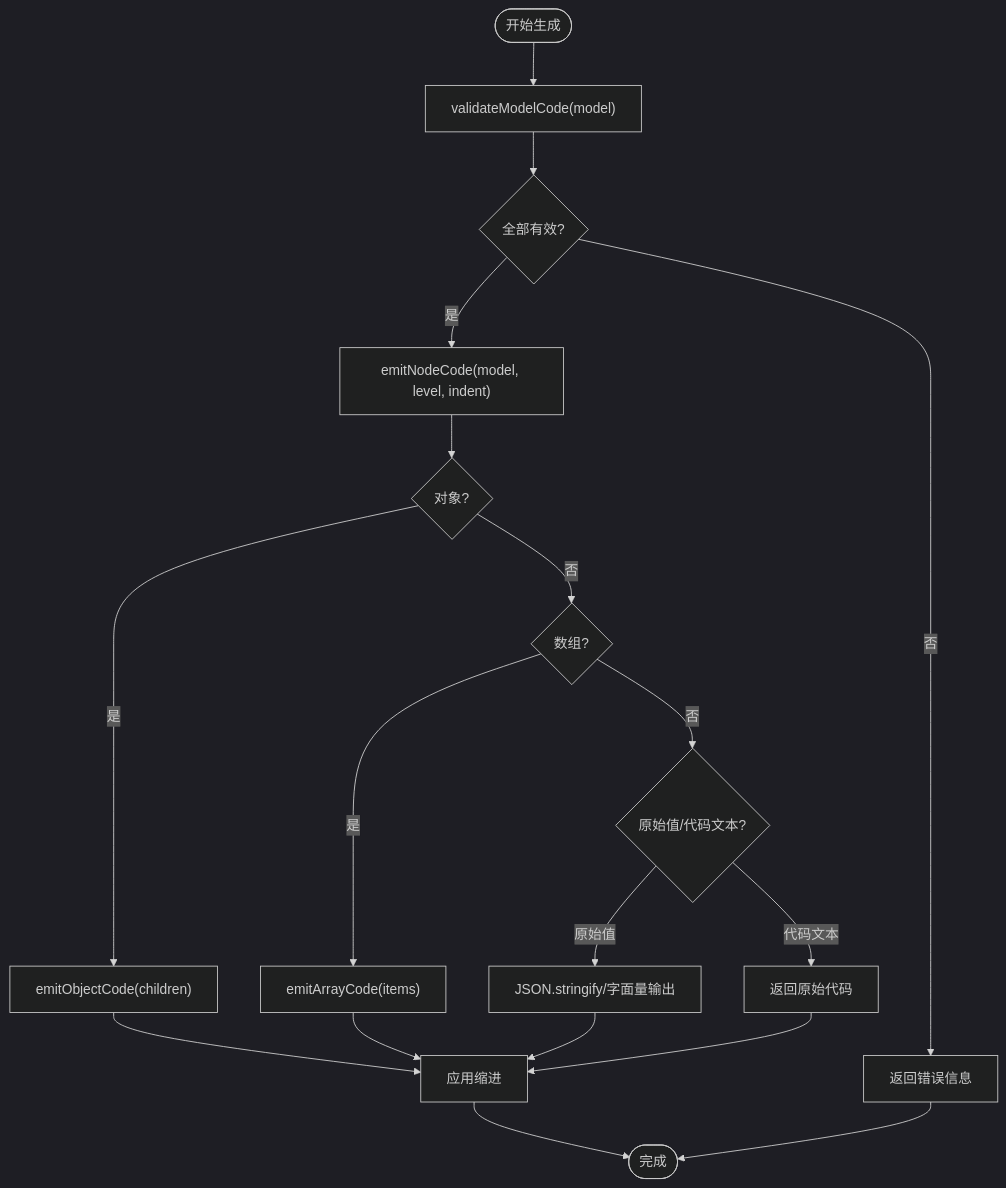
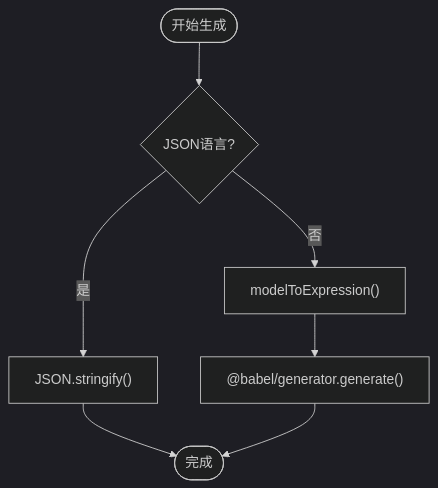
The seventh of 9 diagrams in .qoder/repowiki/zh/content/核心架构设计/核心架构设计.md (meiok1/wysjson), drawn with Mermaid (dark theme) before and after one commit. The commit also changed other lines of this file and 45 other files, not shown here.

````diff
--- a/.qoder/repowiki/zh/content/核心架构设计/核心架构设计.md
+++ b/.qoder/repowiki/zh/content/核心架构设计/核心架构设计.md
@@ -305,20 +371,9 @@
 ```mermaid
 flowchart TD
-Start(["开始生成"]) --> Validate["validateModelCode(model)"]
-Validate --> Valid{"全部有效?"}
-Valid --> |否| ReturnErr["返回错误信息"]
-Valid --> |是| Emit["emitNodeCode(model, level, indent)"]
-Emit --> Obj{"对象?"}
-Obj --> |是| EmitObj["emitObjectCode(children)"]
-Obj --> |否| Arr{"数组?"}
-Arr --> |是| EmitArr["emitArrayCode(items)"]
-Arr --> |否| Prim{"原始值/代码文本?"}
-Prim --> |原始值| JSONOut["JSON.stringify/字面量输出"]
-Prim --> |代码文本| CodeOut["返回原始代码"]
-EmitObj --> Indent["应用缩进"]
-EmitArr --> Indent
-JSONOut --> Indent
-CodeOut --> Indent
-Indent --> Done(["完成"])
-ReturnErr --> Done
+Start(["开始生成"]) --> CheckLang{"JSON语言?"}
+CheckLang --> |是| JSONOut["JSON.stringify()"]
+CheckLang --> |否| ToExpr["modelToExpression()"]
+ToExpr --> GenCode["@babel/generator.generate()"]
+JSONOut --> Done(["完成"])
+GenCode --> Done
 ```
````
